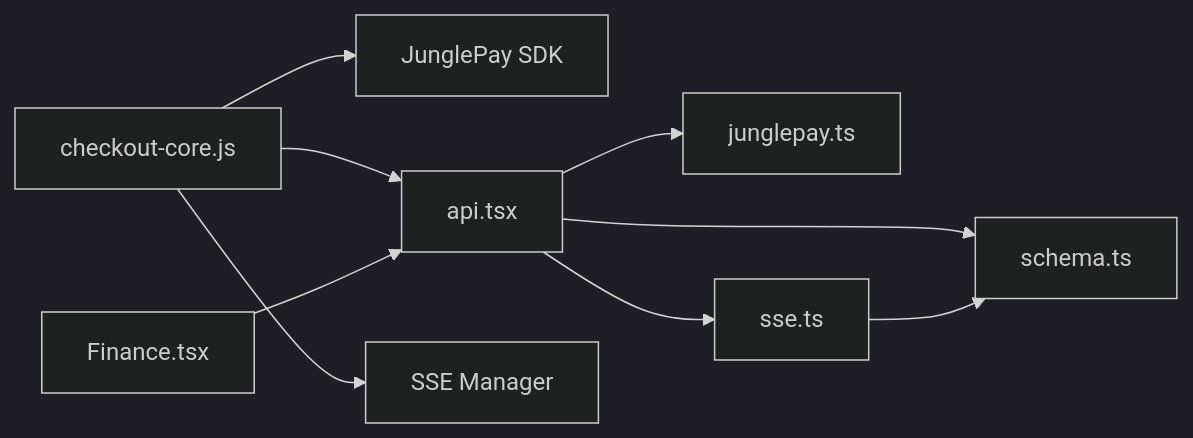
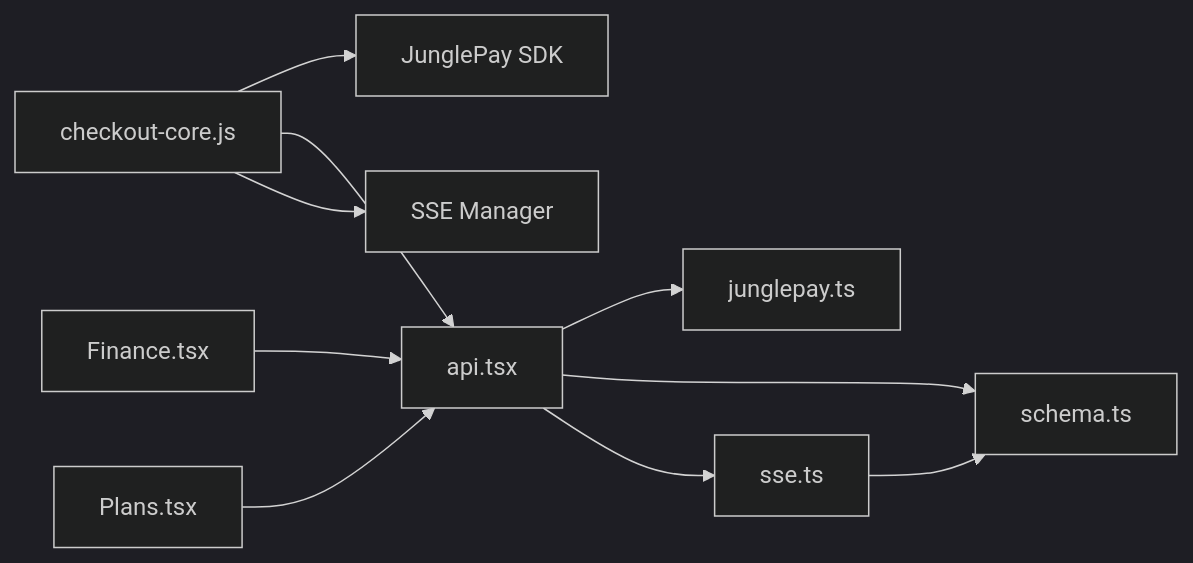
One commit to eromedrive2tb-gif/Avitrine changed diagram 15 of 16 in .qoder/repowiki/en/content/Page Components/Checkout Flow.md. Above: the diagram before and after it, drawn with Mermaid (dark theme). The commit also changed other lines of this file and 18 other files, not shown here.

````diff
--- a/.qoder/repowiki/en/content/Page Components/Checkout Flow.md
+++ b/.qoder/repowiki/en/content/Page Components/Checkout Flow.md
@@ -634,11 +739,12 @@
 ```mermaid
 graph LR
 FE["checkout-core.js"] --> SDK["JunglePay SDK"]
 FE --> API["api.tsx"]
 FE --> SSE["SSE Manager"]
 API --> JPS["junglepay.ts"]
 API --> DB["schema.ts"]
 API --> SSEMAN["sse.ts"]
 SSEMAN --> DB
 FIN["Finance.tsx"] --> API
+PLANS["Plans.tsx"] --> API
 ```
````
